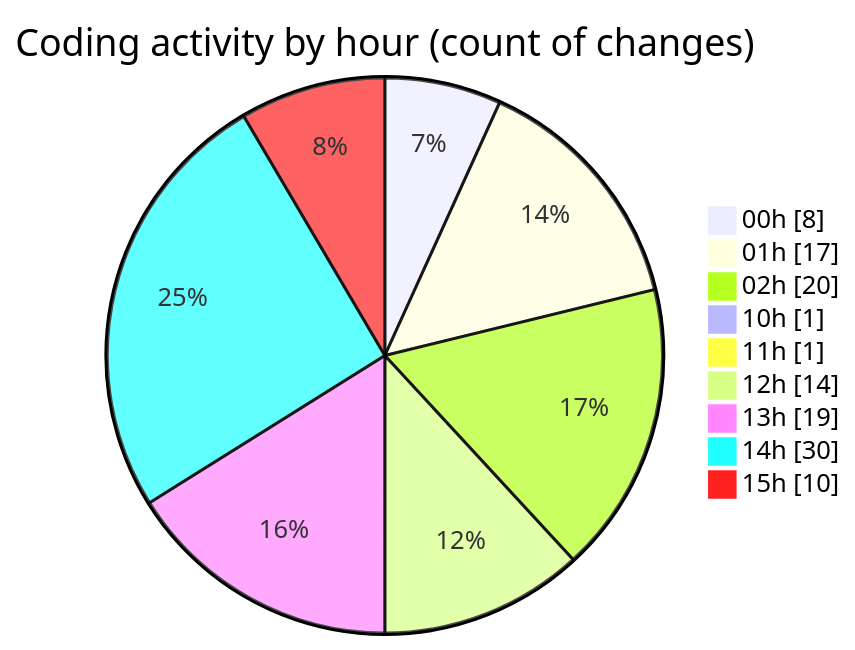
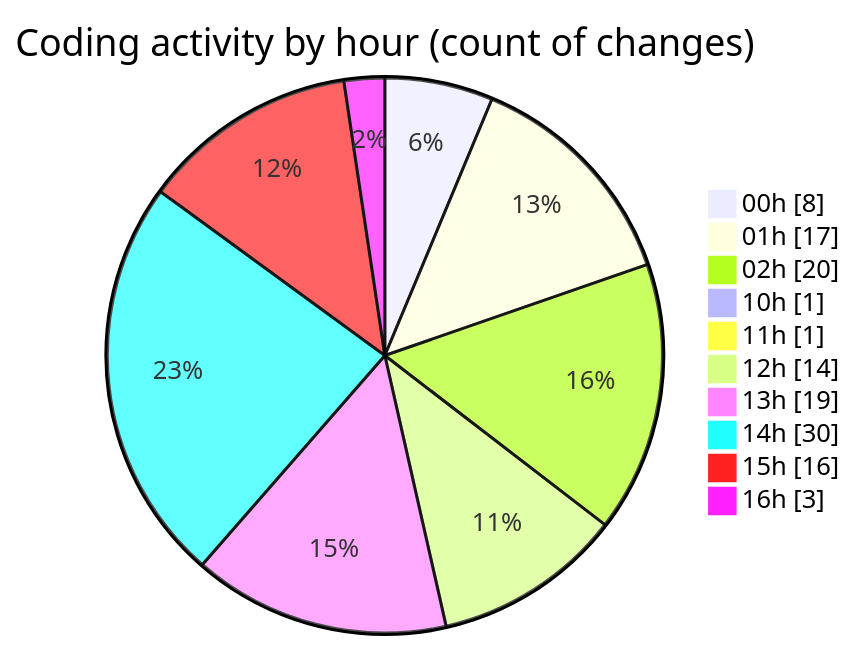
The second of 2 diagrams in 2025-05-02/niten/README.md (Elitesun/code-tracking), drawn with Mermaid before and after one commit. The commit also changed other lines of this file and 1 other file, not shown here.

````diff
--- a/2025-05-02/niten/README.md
+++ b/2025-05-02/niten/README.md
@@ -64,13 +66,14 @@
 ```mermaid
 pie showData
 title Coding activity by hour (count of changes)
 "00h" : 8
 "01h" : 17
 "02h" : 20
 "10h" : 1
 "11h" : 1
 "12h" : 14
 "13h" : 19
 "14h" : 30
-"15h" : 10
+"15h" : 16
+"16h" : 3
 ```
````
